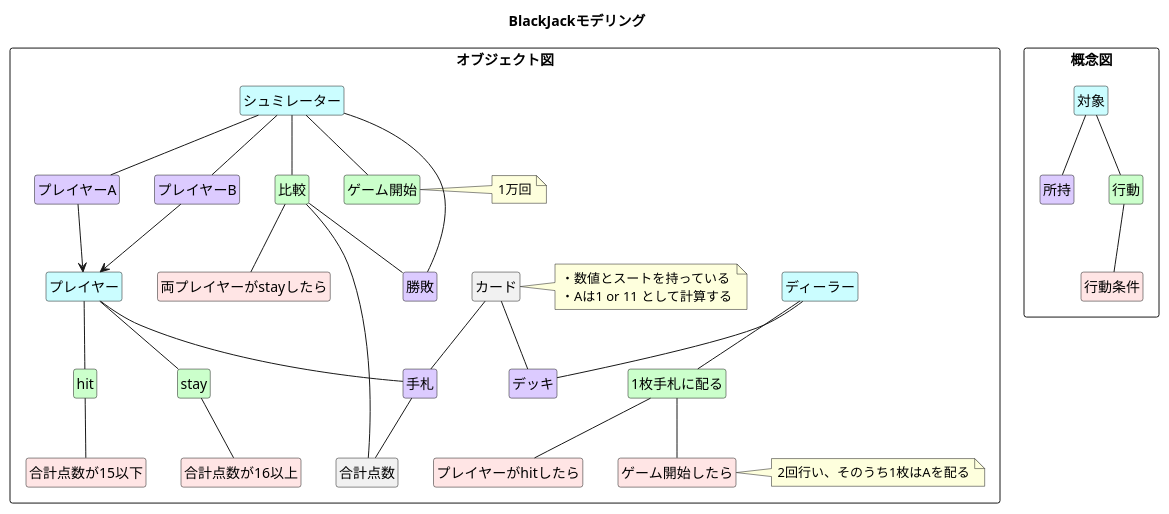
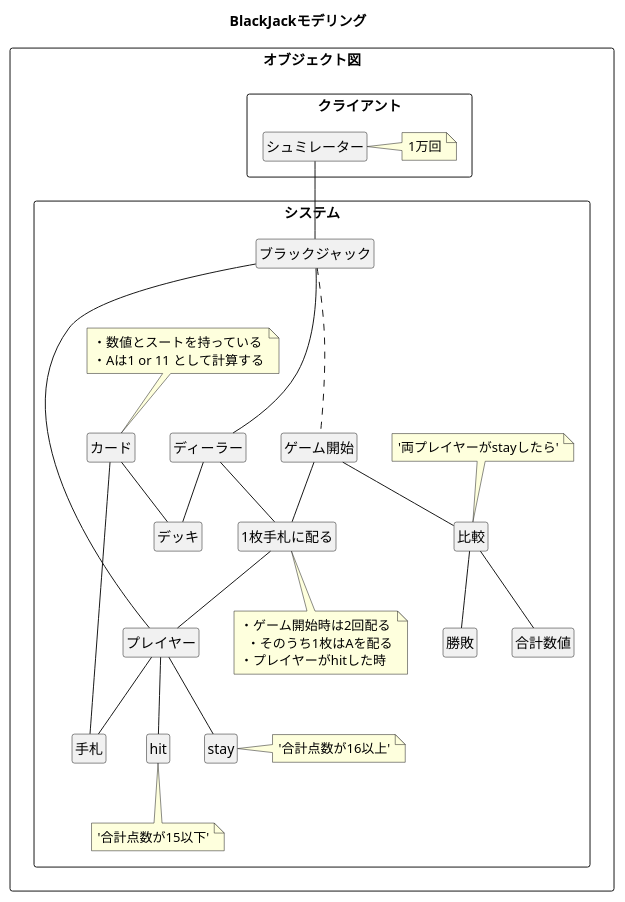
The diagram in 概念図.pu (yukimasa/blackjack), drawn with PlantUML before and after one commit. The commit also changed 5 other files, not shown here.

Commit message:
fix: 概念図とクラス図の修正 ver2

```diff
--- a/概念図.pu
+++ b/概念図.pu
@@ -1,72 +1,62 @@
 @startuml
 ' left to right direction
 title BlackJackモデリング
 
 hide empty circle
 hide empty members
 
-rectangle 概念図 {
-  class 対象 #CBFDFF
-  class 所持 #DCCBFF
-  class 行動 #CBFFCB
-  class 行動条件 #FFE5E5
-  対象 -- 所持
-  対象 -- 行動
-  行動 -- 行動条件
-}
+rectangle オブジェクト図 {
+  rectangle クライアント {
+    class シュミレーター
+    note right: 1万回
+  }
 
-rectangle オブジェクト図 {
-  class プレイヤー #CBFDFF
-  class 手札 #DCCBFF
-  class hit #CBFFCB
-  class stay #CBFFCB
-  class 合計点数が16以上 #FFE5E5
-  class 合計点数が15以下 #FFE5E5
+  rectangle システム {
+    class ブラックジャック
+    class ディーラー
+    class プレイヤー
+    class デッキ
+    class 手札
+    class カード
+    note top: ・数値とスートを持っている\n・Aは1 or 11 として計算する
+    class hit
+    note bottom: '合計点数が15以下'
+    class stay
+    note right: '合計点数が16以上'
+    class 合計数値
+    class 比較
+    note top: '両プレイヤーがstayしたら'
+    class 勝敗
 
-  class ディーラー #CBFDFF
-  class デッキ #DCCBFF
-  class 1枚手札に配る #CBFFCB
-  class プレイヤーがhitしたら #FFE5E5
-  class ゲーム開始したら #FFE5E5
-  note right: 2回行い、そのうち1枚はAを配る
+    class 1枚手札に配る
+    note bottom of 1枚手札に配る
+      ・ゲーム開始時は2回配る
+        ・そのうち1枚はAを配る
+      ・プレイヤーがhitした時
+    endnote
+    class ゲーム開始
+  }
+  シュミレーター -- ブラックジャック
+  ブラックジャック ... ゲーム開始
+  ブラックジャック -down- ディーラー
+  ブラックジャック -down- プレイヤー
 
-  class シュミレーター #CBFDFF
-  class プレイヤーA #DCCBFF
-  class プレイヤーB #DCCBFF
-  class 勝敗 #DCCBFF
-  class ゲーム開始 #CBFFCB
-  note right: 1万回
-  class 比較 #CBFFCB
-  class 両プレイヤーがstayしたら #FFE5E5
+  ゲーム開始 -- 1枚手札に配る
+  ゲーム開始 -- 比較
 
-  class カード
-  note right: ・数値とスートを持っている\n・Aは1 or 11 として計算する
+  比較 -- 勝敗
+  比較 -- 合計数値
 
   プレイヤー -- 手札
   プレイヤー -- hit
   プレイヤー -- stay
-  hit -- 合計点数が15以下
-  stay -- 合計点数が16以上
-  手札 -- 合計点数
+
+  ディーラー -- デッキ
+  ディーラー -- 1枚手札に配る
+  1枚手札に配る -- プレイヤー
 
   カード -- 手札
   カード -- デッキ
-
-  ディーラー -- デッキ
-  ディーラー -- 1枚手札に配る
-  1枚手札に配る -- プレイヤーがhitしたら
-  1枚手札に配る -- ゲーム開始したら
-
-  シュミレーター -- プレイヤーA
-  シュミレーター -- プレイヤーB
-  シュミレーター -- 勝敗
-  プレイヤーA --> プレイヤー
-  プレイヤーB --> プレイヤー
-  シュミレーター -- ゲーム開始
-  シュミレーター -- 比較
-  比較 -- 両プレイヤーがstayしたら
-  比較 -- 勝敗
-  比較 -- 合計点数
 }
 
 @enduml
```
